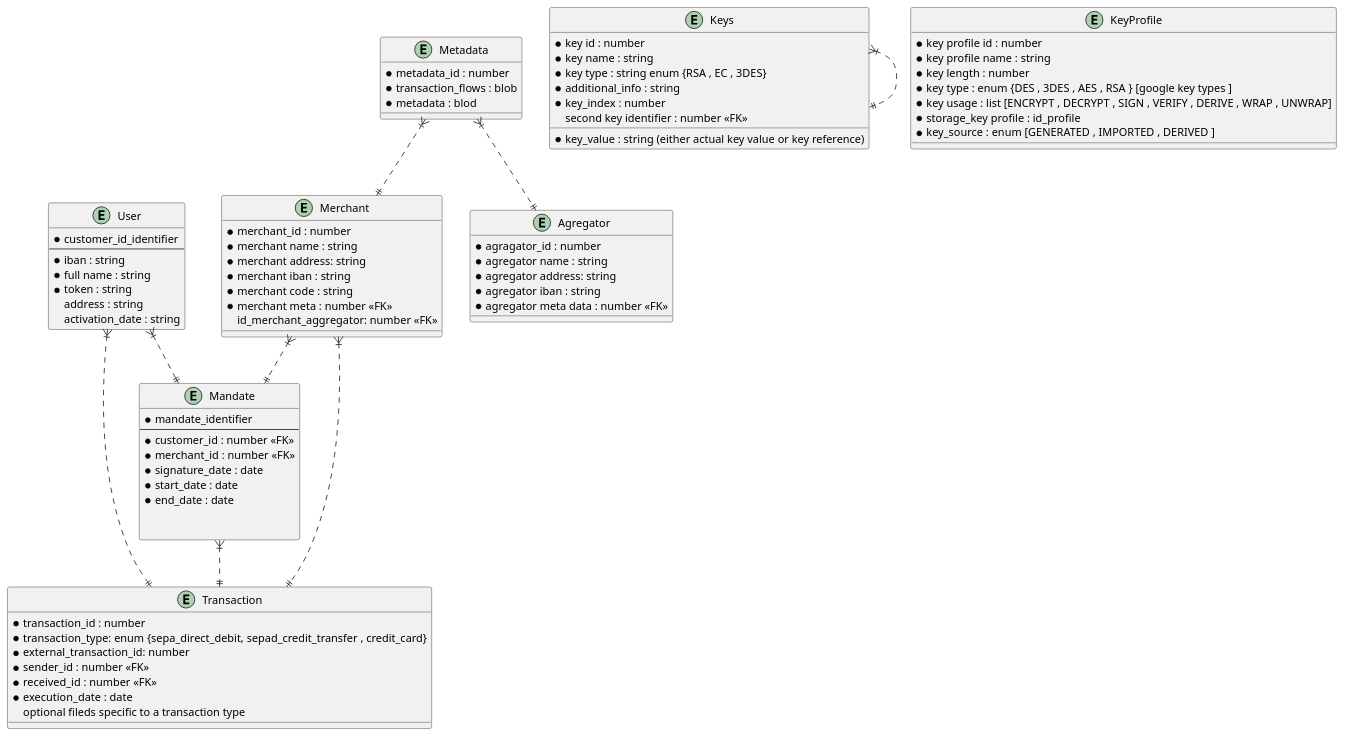
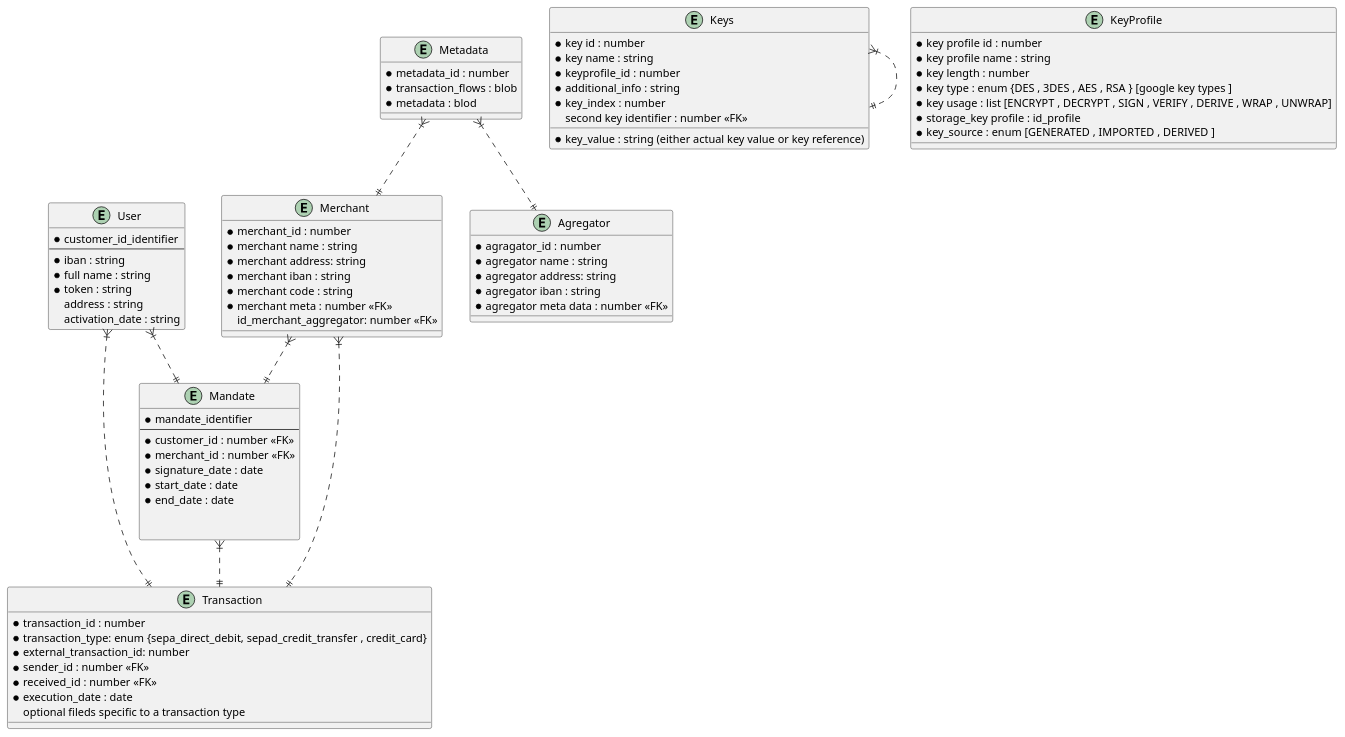
One commit to saidkhalfaoui/xpay changed the diagram in domainservice/src/main/resources/datamodel.puml. Above: the diagram before and after it, drawn with PlantUML.

Commit message:
missing key profile

```diff
--- a/domainservice/src/main/resources/datamodel.puml
+++ b/domainservice/src/main/resources/datamodel.puml
@@ -1,105 +1,105 @@
 @startuml
 entity User {
   * customer_id_identifier
   --
   * iban : string
   * full name : string
   * token : string
   address : string
   activation_date : string
 }
 
 entity Mandate {
 * mandate_identifier
 --
 * customer_id : number <<FK>>
 * merchant_id : number <<FK>>
 * signature_date : date
 * start_date : date
 * end_date : date
 
 
 }
 
 entity Transaction {
 * transaction_id : number
 * transaction_type: enum {sepa_direct_debit, sepad_credit_transfer , credit_card}
 * external_transaction_id: number
 * sender_id : number <<FK>>
 * received_id : number <<FK>>
 * execution_date : date
 optional fileds specific to a transaction type
 }
 
 entity Merchant {
 * merchant_id : number
 * merchant name : string
 * merchant address: string
 * merchant iban : string
 * merchant code : string
 * merchant meta : number <<FK>>
 id_merchant_aggregator: number <<FK>>
 }
 
 entity  Metadata {
 * metadata_id : number
 * transaction_flows : blob
 * metadata : blod
 
 
 }
 
 entity Agregator
 {
 
 * agragator_id : number
 * agregator name : string
 * agregator address: string
 * agregator iban : string
 * agregator meta data : number <<FK>>
 
 }
 
 entity Keys {
 * key id : number
 * key name : string
-* key type : string enum {RSA , EC , 3DES}
+* keyprofile_id : number
 * additional_info : string
 * key_value : string (either actual key value or key reference)
 * key_index : number
 second key identifier : number <<FK>>
 
 }
 
 entity KeyProfile {
 * key profile id : number
 * key profile name : string
 * key length : number
 * key type : enum {DES , 3DES , AES , RSA } [google key types ]
 * key usage : list [ENCRYPT , DECRYPT , SIGN , VERIFY , DERIVE , WRAP , UNWRAP]
 * storage_key profile : id_profile
 * key_source : enum [GENERATED , IMPORTED , DERIVED ]
 }
 
 
 User }|..|| Mandate
 Merchant }|..|| Mandate
 User }|..||Transaction
 Mandate }|..||Transaction
 Merchant }|..||Transaction
 Metadata }|..||Merchant
 Metadata }|..||Agregator
 Keys }|..||Keys
 
 
 
 
 
 
 
 
 
 
 
 
 @enduml
```
